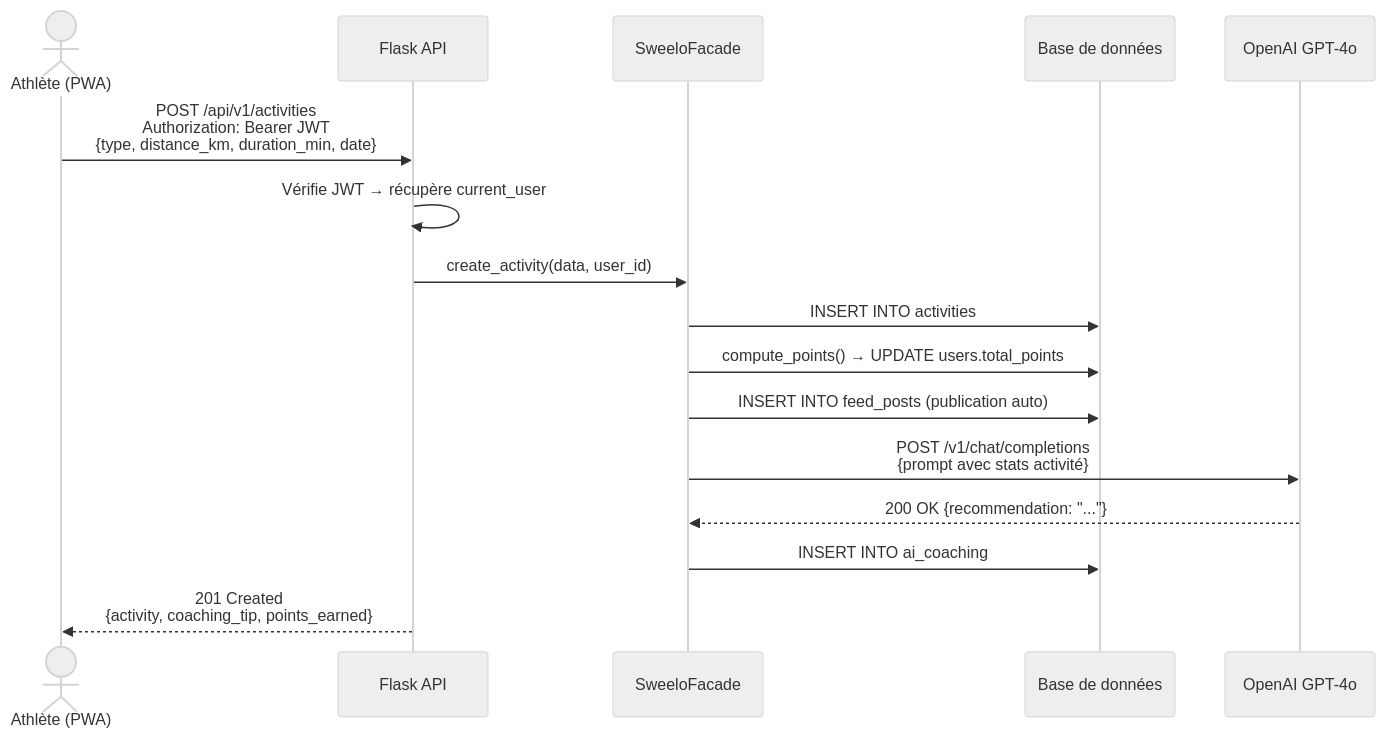
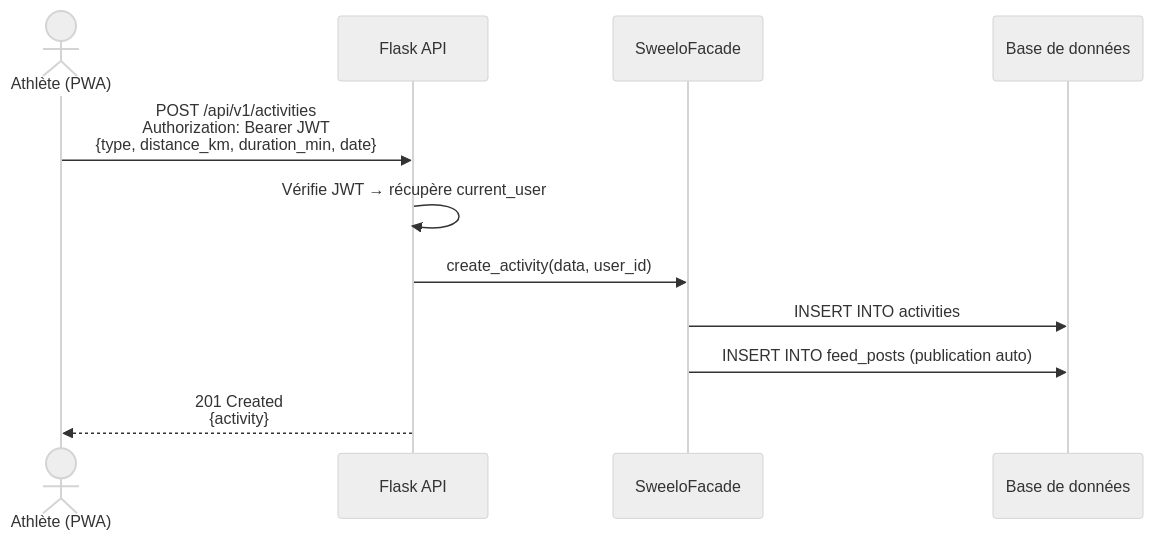
One commit to arthurmoulard/Sweelo_APP changed the fourth of 9 diagrams in README.md. Above: the diagram before and after it, drawn with Mermaid (neutral theme). The commit also changed other lines of this file, not shown here.

````diff
--- a/README.md
+++ b/README.md
@@ -395,19 +738,14 @@
 ```mermaid
 sequenceDiagram
     actor U as Athlète (PWA)
     participant API as Flask API
     participant F as SweeloFacade
     participant DB as Base de données
-    participant AI as OpenAI GPT-4o
 
     U->>API: POST /api/v1/activities<br/>Authorization: Bearer JWT<br/>{type, distance_km, duration_min, date}
     API->>API: Vérifie JWT → récupère current_user
     API->>F: create_activity(data, user_id)
     F->>DB: INSERT INTO activities
-    F->>DB: compute_points() → UPDATE users.total_points
     F->>DB: INSERT INTO feed_posts (publication auto)
-    F->>AI: POST /v1/chat/completions<br/>{prompt avec stats activité}
-    AI-->>F: 200 OK {recommendation: "..."}
-    F->>DB: INSERT INTO ai_coaching
-    API-->>U: 201 Created<br/>{activity, coaching_tip, points_earned}
+    API-->>U: 201 Created<br/>{activity}
 ```
````
